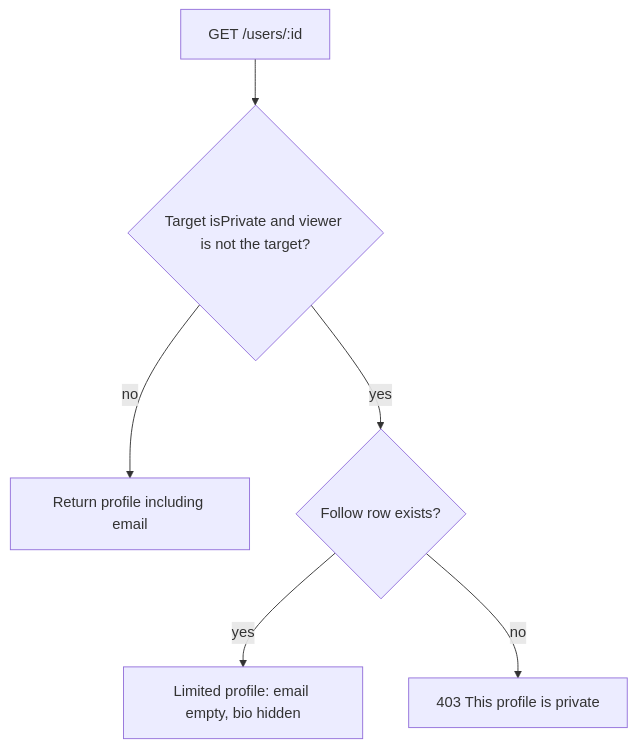
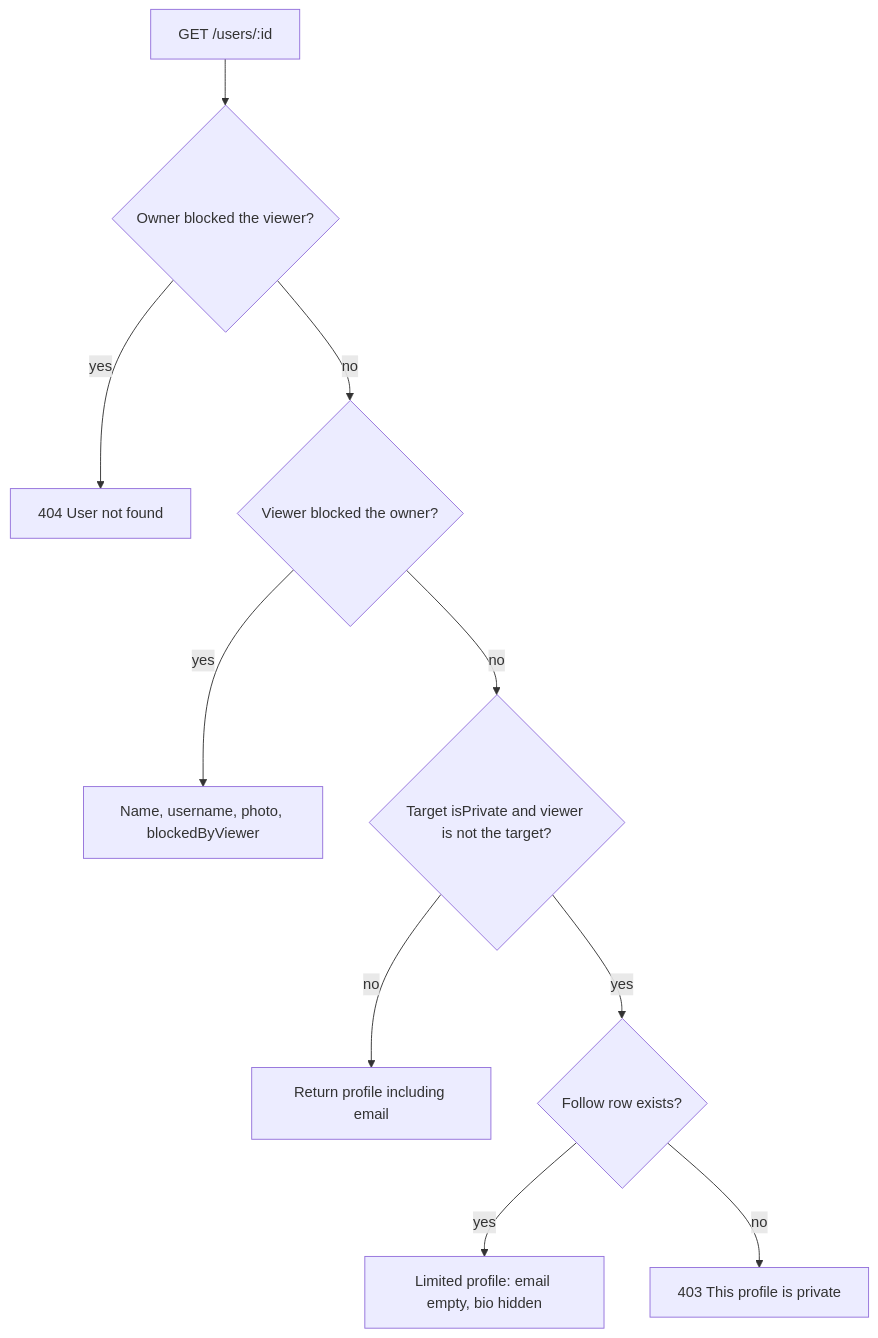
Before and after one commit to bagariaraj23/Trav-Flut: the first of 2 diagrams in documentations/technical/03-profiles-and-privacy.md, drawn with Mermaid. The commit also changed other lines of this file and 5 other files, not shown here.

````diff
--- a/documentations/technical/03-profiles-and-privacy.md
+++ b/documentations/technical/03-profiles-and-privacy.md
@@ -30,8 +30,12 @@
 ```mermaid
 flowchart TD
-  Start["GET /users/:id"] --> Priv{"Target isPrivate and viewer is not the target?"}
+  Start["GET /users/:id"] --> Gone{"Owner blocked the viewer?"}
+  Gone -->|yes| Missing["404 User not found"]
+  Gone -->|no| Mine{"Viewer blocked the owner?"}
+  Mine -->|yes| Partial["Name, username, photo, blockedByViewer"]
+  Mine -->|no| Priv{"Target isPrivate and viewer is not the target?"}
   Priv -->|no| Full["Return profile including email"]
   Priv -->|yes| Follow{"Follow row exists?"}
   Follow -->|yes| Limited["Limited profile: email empty, bio hidden"]
   Follow -->|no| Deny["403 This profile is private"]
 ```
````
